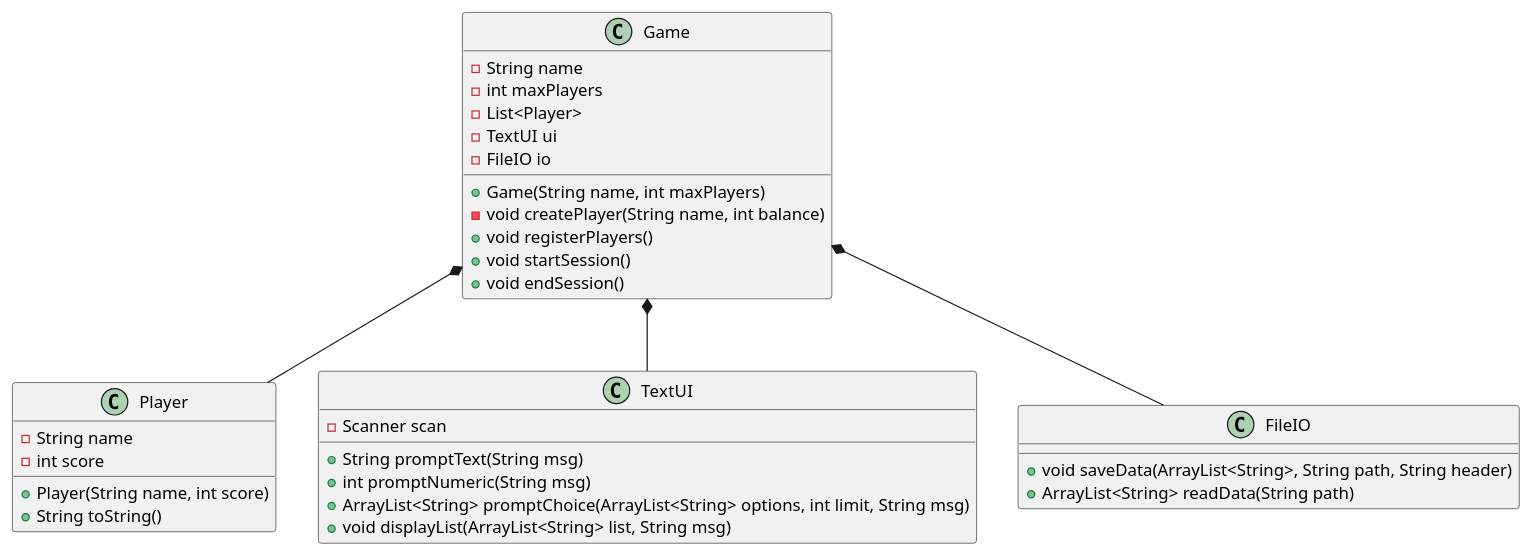
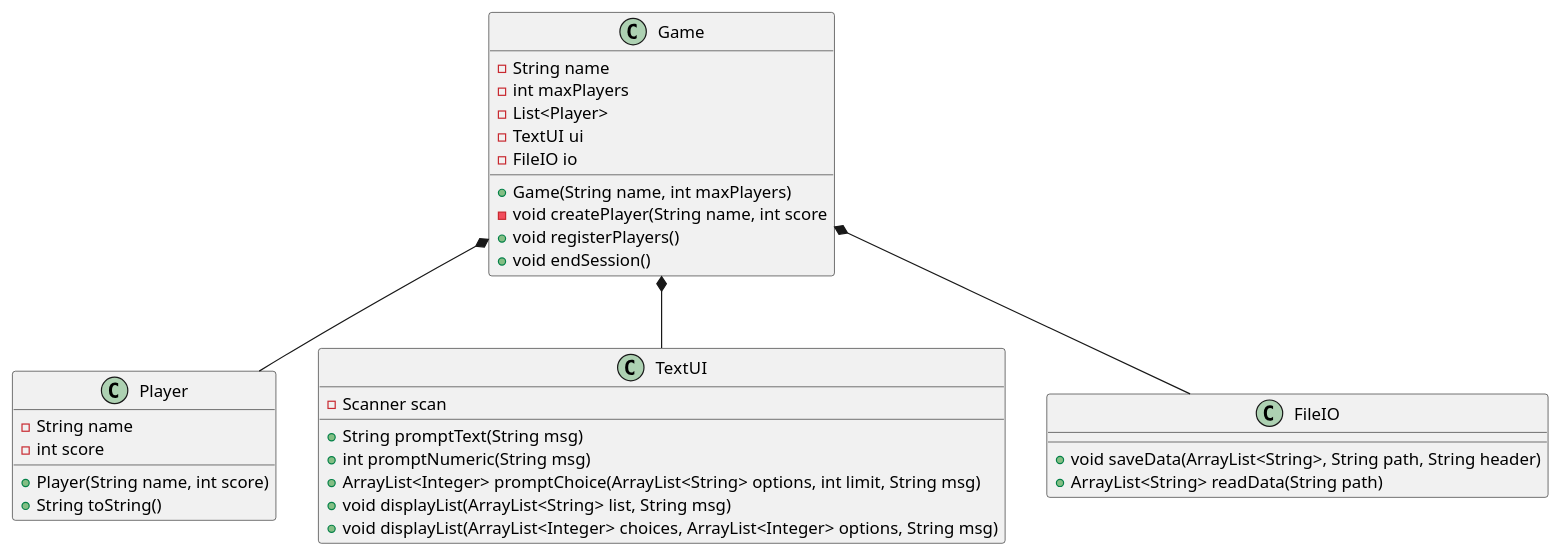
The diagram in Doc/classdiagram_v3.puml (Eligoon/Game), drawn with PlantUML before and after one commit. The commit also changed 7 other files, not shown here.

```diff
--- a/Doc/classdiagram_v3.puml
+++ b/Doc/classdiagram_v3.puml
@@ -1,51 +1,53 @@
 @startuml
 'https://plantuml.com/class-diagram
 
 class Game
 class Player
 
 
 Game *-- Player
 Game *-- TextUI
+
 Game *-- FileIO
 
 
 
 class Game {
 - String name
 - int maxPlayers
 - List<Player>
 - TextUI ui
 - FileIO io
 + Game(String name, int maxPlayers)
-- void createPlayer(String name, int balance)
+- void createPlayer(String name, int score
 + void registerPlayers()
-+ void startSession()
+'+ void registerPlayers(String path)
 + void endSession()
 
 }
 class Player {
 - String name
 - int score
 + Player(String name, int score)
 + String toString()
 }
 
 class TextUI {
 - Scanner scan
 ' shows a message and returns the user's input as a String
 + String promptText(String msg)
 ' shows a message and returns the user's input as an integer
 + int promptNumeric(String msg)
 ' shows the options, promts for choices until limit is reached, and returns the user's choices as a list
-+ ArrayList<String> promptChoice(ArrayList<String> options, int limit, String msg)
++ ArrayList<Integer> promptChoice(ArrayList<String> options, int limit, String msg)
 ' shows a message and lists the content of a list
 + void displayList(ArrayList<String> list, String msg)
++ void displayList(ArrayList<Integer> choices, ArrayList<Integer> options, String msg)
 }
 
 class FileIO{
 + void saveData(ArrayList<String>, String path, String header)
 + ArrayList<String> readData(String path)
 }
 
 @enduml
```
